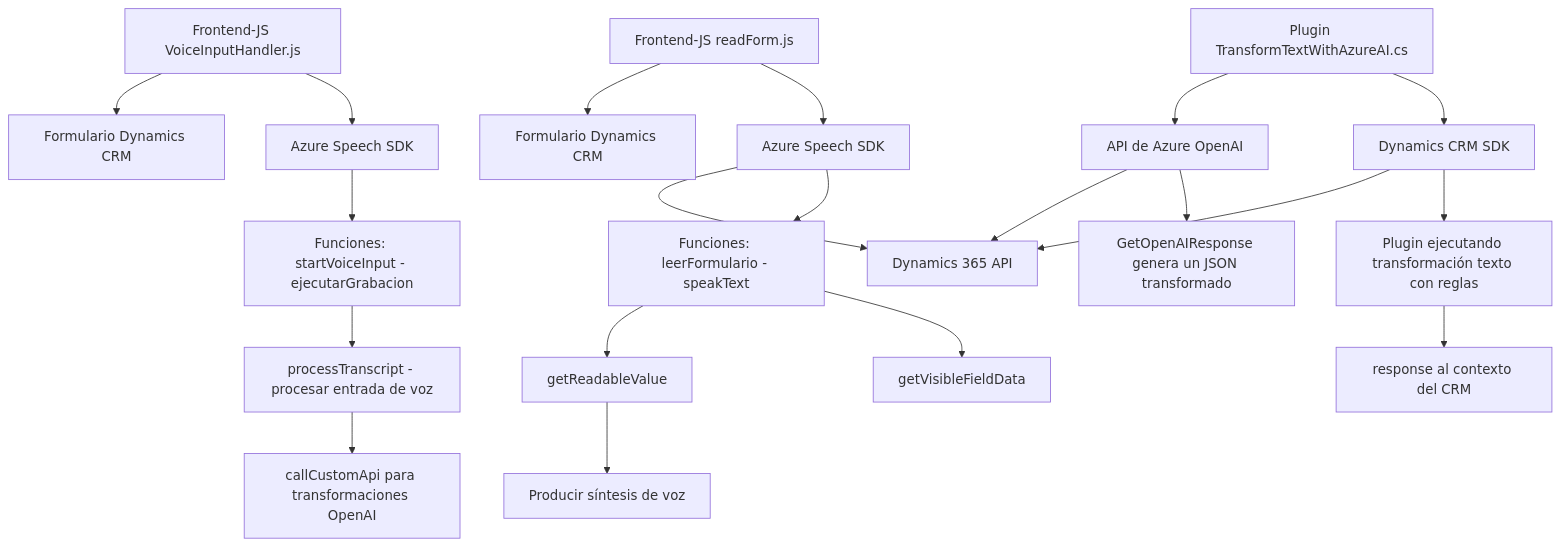
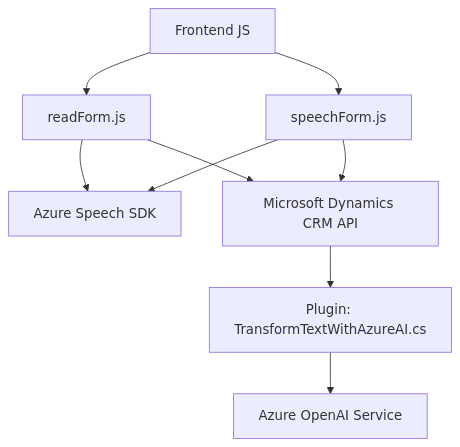
One commit to blopezdm/NETCORE_BILBAO2025 changed the diagram in README.md. Above: the diagram before and after it, drawn with Mermaid. The commit also changed other lines of this file, not shown here.

Commit message:
Actualizar análisis global de la solución con IA

````diff
--- a/README.md
+++ b/README.md
@@ -48,26 +36,11 @@
 ```mermaid
 graph TD
-    A["Frontend-JS readForm.js"] --> B["Azure Speech SDK"]
-    A --> C["Formulario Dynamics CRM"]
-    B --> D["Funciones: leerFormulario - speakText"]
-    D --> E["getVisibleFieldData"]
-    D --> F["getReadableValue"]
-    F --> G["Producir síntesis de voz"]
-
-    H["Frontend-JS VoiceInputHandler.js"] --> I["Azure Speech SDK"]
-    H --> J["Formulario Dynamics CRM"]
-    I --> K["Funciones: startVoiceInput - ejecutarGrabacion"]
-    K --> L["processTranscript - procesar entrada de voz"]
-    L --> M["callCustomApi para transformaciones OpenAI"]
-
-    N["Plugin TransformTextWithAzureAI.cs"] --> O["Dynamics CRM SDK"]
-    N --> P["API de Azure OpenAI"]
-    O --> Q["Plugin ejecutando transformación texto con reglas"]
-    P --> R["GetOpenAIResponse genera un JSON transformado"]
-    Q --> S["response al contexto del CRM"]
-
-    T["Dependencias externas"]
-    B --> T["Azure Speech SDK"]
-    P --> T["Azure OpenAI API"]
-    O --> T["Dynamics 365 API"]
+    A["Frontend JS"] --> B["readForm.js"]
+    A --> C["speechForm.js"]
+    B --> D["Azure Speech SDK"]
+    C --> D
+    C --> E["Microsoft Dynamics CRM API"]
+    B --> E
+    E --> F["Plugin: TransformTextWithAzureAI.cs"]
+    F --> G["Azure OpenAI Service"]
 ```
````
